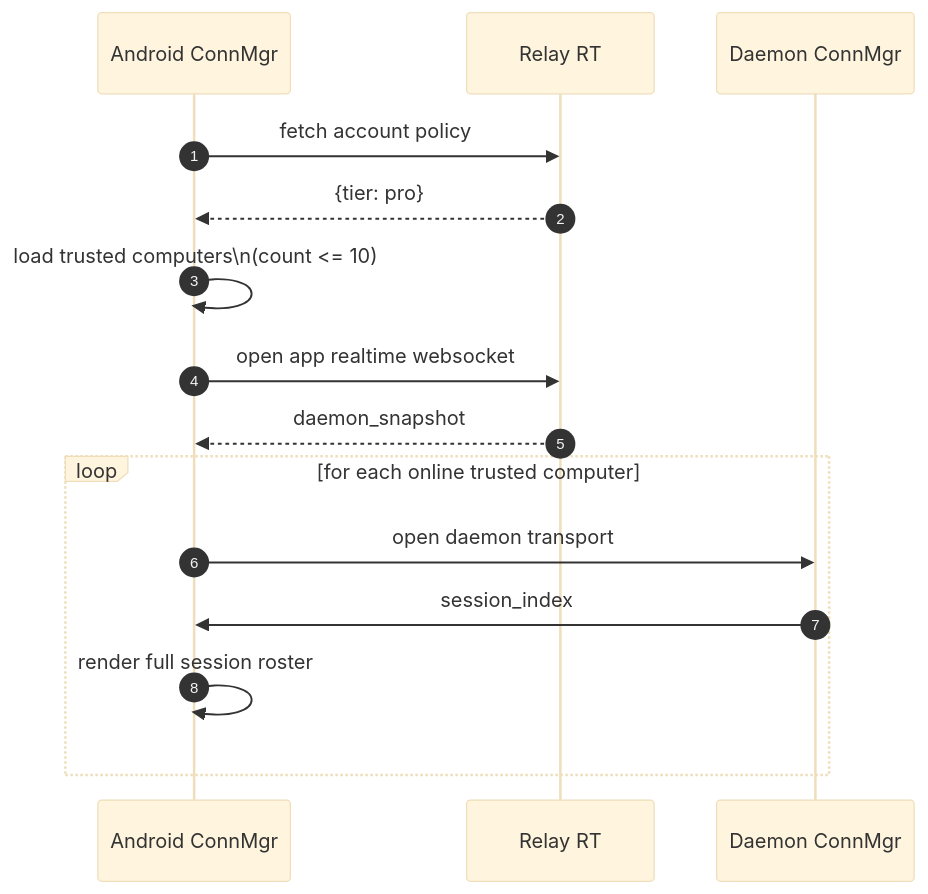
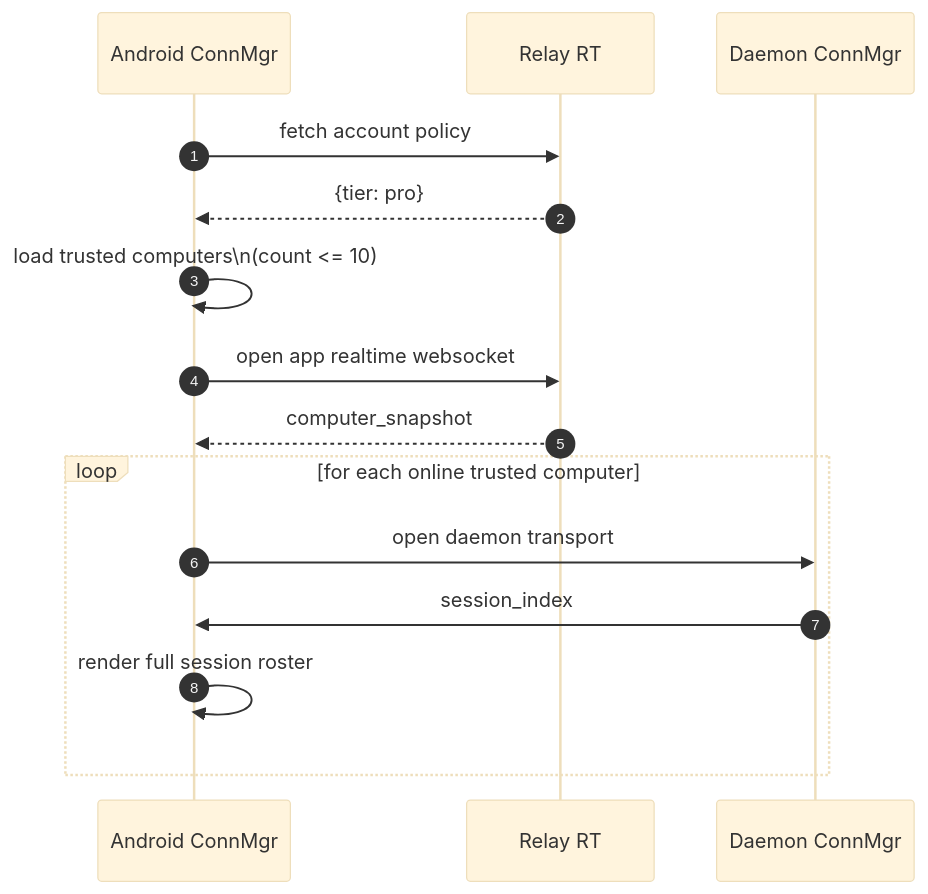
Before and after one commit to yuanbohan/agent-tunnel: the seventh of 9 diagrams in docs/connectivity/reference/sequence-flows.md, drawn with Mermaid (base theme). The commit also changed other lines of this file and 71 other files, not shown here.

````diff
--- a/docs/connectivity/reference/sequence-flows.md
+++ b/docs/connectivity/reference/sequence-flows.md
@@ -314,19 +314,19 @@
 ```mermaid
 sequenceDiagram
     autonumber
     participant AndroidConn as Android ConnMgr
     participant RelayRT as Relay RT
     participant DaemonConn as Daemon ConnMgr
 
     AndroidConn->>RelayRT: fetch account policy
     RelayRT-->>AndroidConn: {tier: pro}
     AndroidConn->>AndroidConn: load trusted computers\n(count <= 10)
     AndroidConn->>RelayRT: open app realtime websocket
-    RelayRT-->>AndroidConn: daemon_snapshot
+    RelayRT-->>AndroidConn: computer_snapshot
 
     loop for each online trusted computer
         AndroidConn->>DaemonConn: open daemon transport
         DaemonConn->>AndroidConn: session_index
         AndroidConn->>AndroidConn: render full session roster
     end
 ```
````
